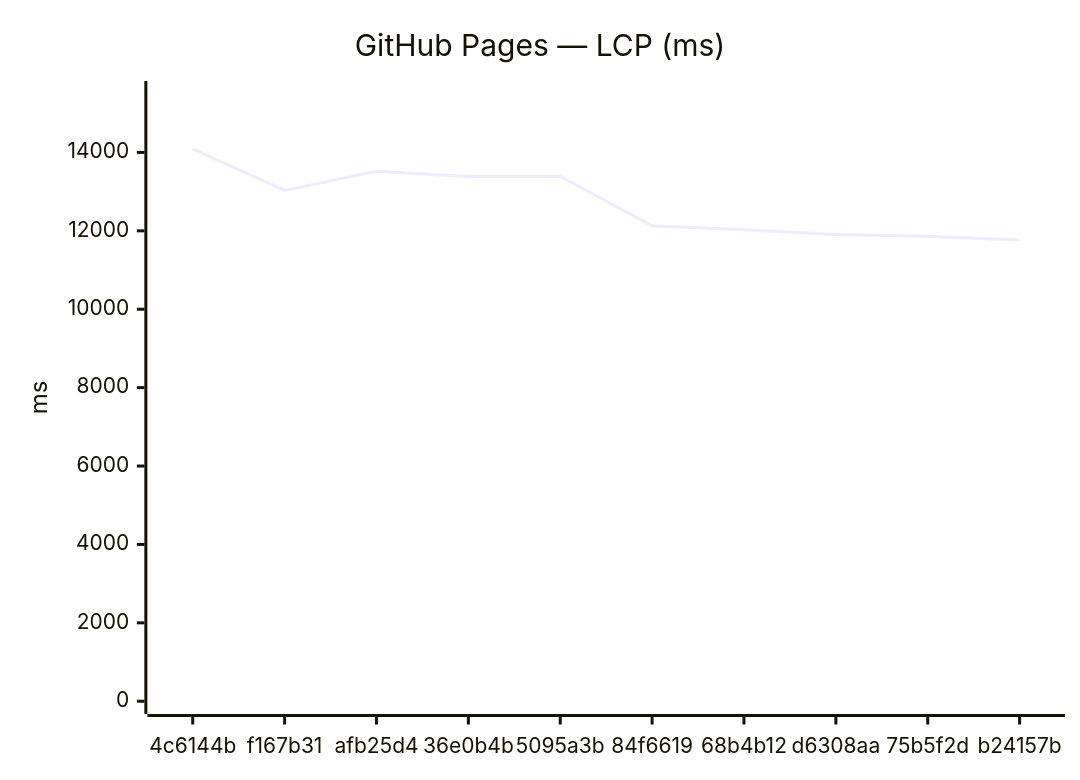
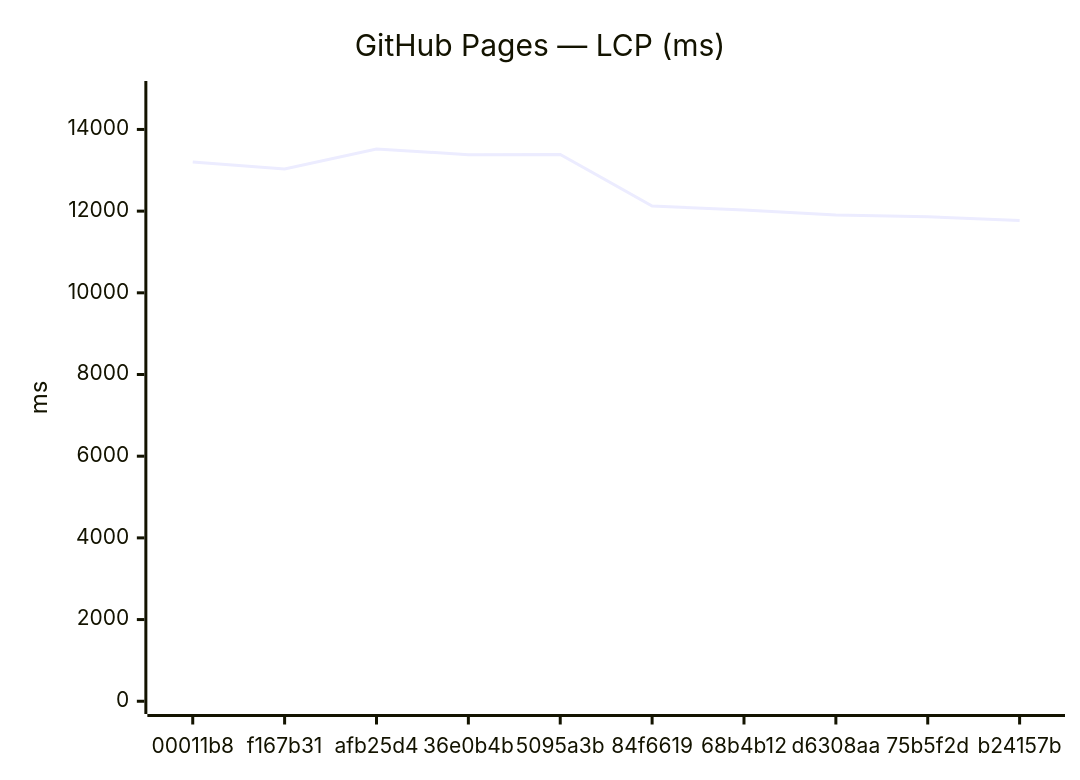
Before and after one commit to Metaheurist/Rianell: the third of 18 diagrams in benchmarks/compare.md, drawn with Mermaid. The commit also changed other lines of this file and 11 other files, not shown here.

````diff
--- a/benchmarks/compare.md
+++ b/benchmarks/compare.md
@@ -54,7 +54,7 @@
 ```mermaid
 xychart-beta
     title "GitHub Pages — LCP (ms)"
-    x-axis ["4c6144b", "f167b31", "afb25d4", "36e0b4b", "5095a3b", "84f6619", "68b4b12", "d6308aa", "75b5f2d", "b24157b"]
-    y-axis "ms" 0 --> 15497
-    line [14088, 13032, 13521, 13383, 13388, 12127, 12028, 11904, 11863, 11768]
+    x-axis ["00011b8", "f167b31", "afb25d4", "36e0b4b", "5095a3b", "84f6619", "68b4b12", "d6308aa", "75b5f2d", "b24157b"]
+    y-axis "ms" 0 --> 14874
+    line [13203, 13032, 13521, 13383, 13388, 12127, 12028, 11904, 11863, 11768]
 ```
````
